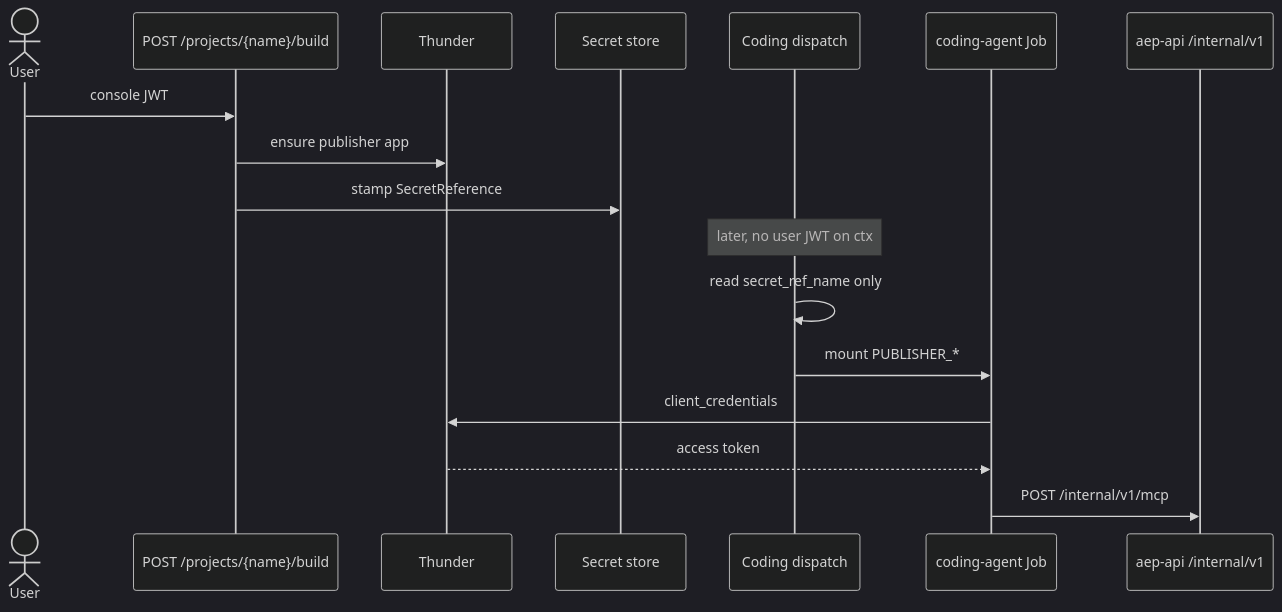
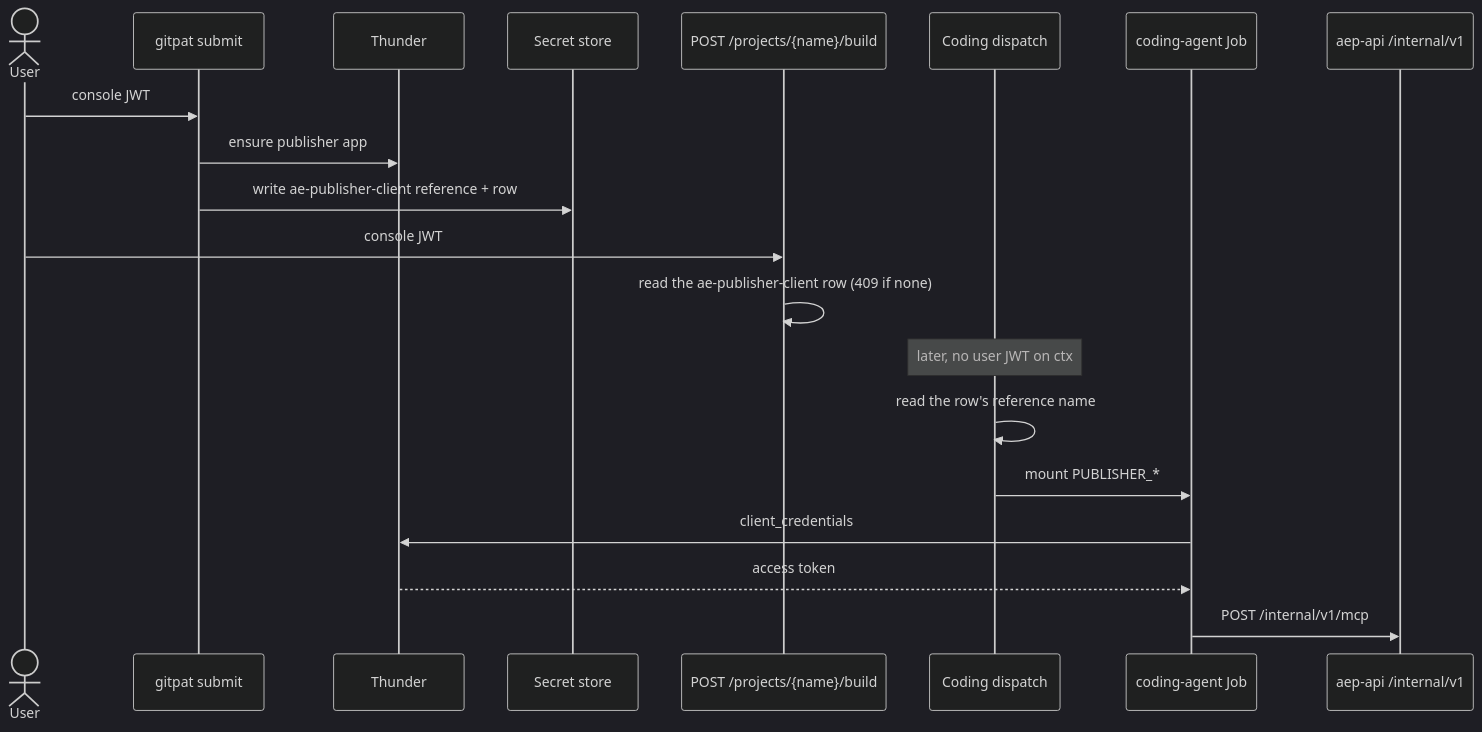
One commit to wso2/labs-agentic-engineer changed the first of 3 diagrams in services/aep-api/internal/delivery/codingagent/design/oc-job-dispatch.md. Above: the diagram before and after it, drawn with Mermaid (dark theme). The commit also changed other lines of this file and 50 other files, not shown here.

````diff
--- a/services/aep-api/internal/delivery/codingagent/design/oc-job-dispatch.md
+++ b/services/aep-api/internal/delivery/codingagent/design/oc-job-dispatch.md
@@ -54,20 +54,23 @@
 ```mermaid
 sequenceDiagram
   actor User
-  participant Build as POST /projects/{name}/build
+  participant Submit as gitpat submit
   participant Thunder
   participant Store as Secret store
+  participant Build as POST /projects/{name}/build
   participant Dispatch as Coding dispatch
   participant Job as coding-agent Job
   participant API as aep-api /internal/v1
 
+  User->>Submit: console JWT
+  Submit->>Thunder: ensure publisher app
+  Submit->>Store: write ae-publisher-client reference + row
   User->>Build: console JWT
-  Build->>Thunder: ensure publisher app
-  Build->>Store: stamp SecretReference
+  Build->>Build: read the ae-publisher-client row (409 if none)
   Note over Dispatch: later, no user JWT on ctx
-  Dispatch->>Dispatch: read secret_ref_name only
+  Dispatch->>Dispatch: read the row's reference name
   Dispatch->>Job: mount PUBLISHER_*
   Job->>Thunder: client_credentials
   Thunder-->>Job: access token
   Job->>API: POST /internal/v1/mcp
 ```
````
